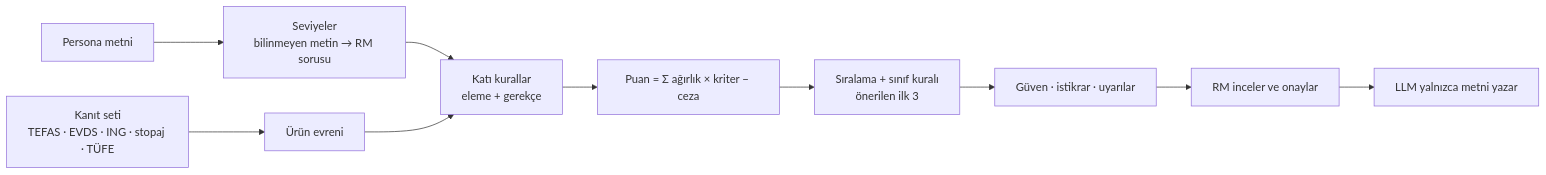
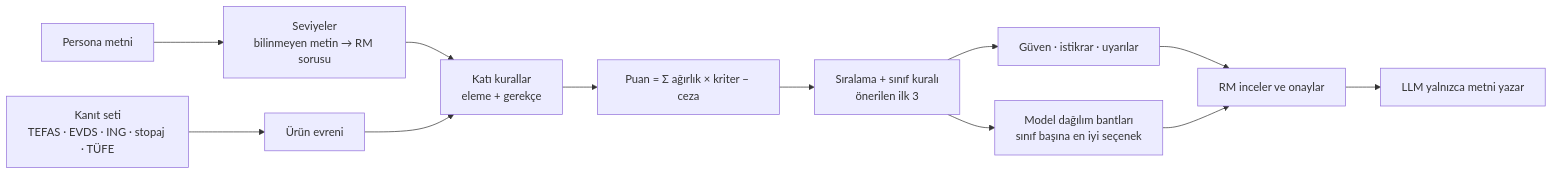
One commit to ArdahanDogru/ing-hackathon-rm-prep changed the diagram in docs/teslim/03-analitik-cozum.md. Above: the diagram before and after it, drawn with Mermaid. The commit also changed other lines of this file and 9 other files, not shown here.

````diff
--- a/docs/teslim/03-analitik-cozum.md
+++ b/docs/teslim/03-analitik-cozum.md
@@ -19,12 +20,14 @@
 ```mermaid
 flowchart LR
   P[Persona metni] --> L[Seviyeler<br/>bilinmeyen metin → RM sorusu]
   E[Kanıt seti<br/>TEFAS · EVDS · ING · stopaj · TÜFE] --> U[Ürün evreni]
   L --> H[Katı kurallar<br/>eleme + gerekçe]
   U --> H
   H --> S[Puan = Σ ağırlık × kriter − ceza]
   S --> R[Sıralama + sınıf kuralı<br/>önerilen ilk 3]
   R --> C[Güven · istikrar · uyarılar]
+  R --> A[Model dağılım bantları<br/>sınıf başına en iyi seçenek]
   C --> RM[RM inceler ve onaylar]
+  A --> RM
   RM --> N[LLM yalnızca metni yazar]
 ```
````
